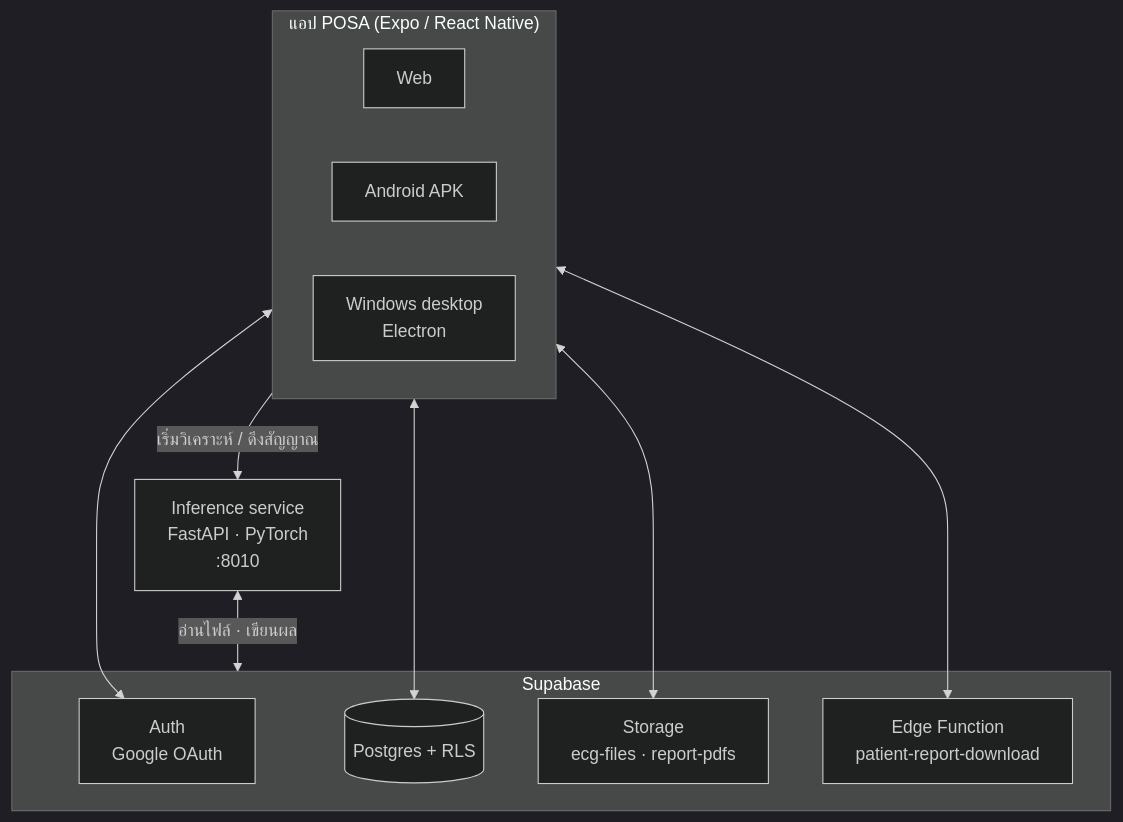
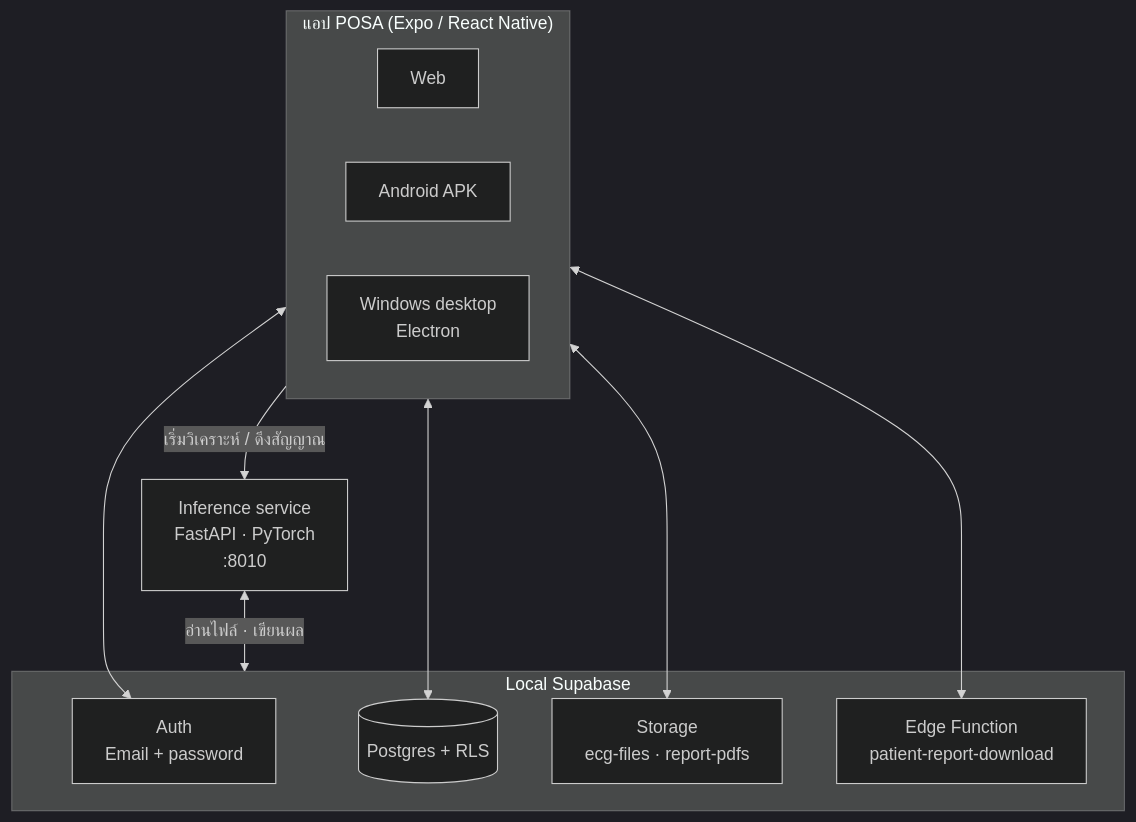
One commit to wincpv2/POSA changed the second of 2 diagrams in README.md. Above: the diagram before and after it, drawn with Mermaid (dark theme). The commit also changed other lines of this file and 40 other files, not shown here.

````diff
--- a/README.md
+++ b/README.md
@@ -94,22 +85,22 @@
 ```mermaid
 flowchart TB
     subgraph Client["แอป POSA (Expo / React Native)"]
         W[Web]
         M[Android APK]
         D[Windows desktop<br/>Electron]
     end
-    subgraph SB["Supabase"]
-        AU[Auth<br/>Google OAuth]
+    subgraph SB["Local Supabase"]
+        AU[Auth<br/>Email + password]
         DB[(Postgres + RLS)]
         ST[Storage<br/>ecg-files · report-pdfs]
         FN[Edge Function<br/>patient-report-download]
     end
     INF["Inference service<br/>FastAPI · PyTorch<br/>:8010"]
 
     Client <--> AU
     Client <--> DB
     Client <--> ST
     Client <--> FN
     Client -->|เริ่มวิเคราะห์ / ดึงสัญญาณ| INF
     INF <-->|อ่านไฟล์ · เขียนผล| SB
 ```
````
